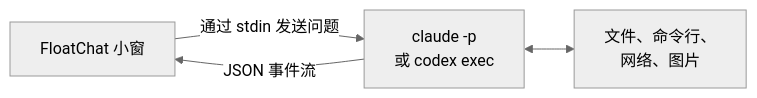
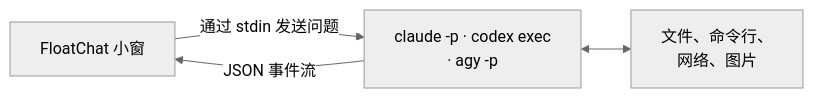
One commit to Evihut/FloatChat changed the diagram in README.zh-CN.md. Above: the diagram before and after it, drawn with Mermaid (neutral theme). The commit also changed other lines of this file and 12 other files, not shown here.

````diff
--- a/README.zh-CN.md
+++ b/README.zh-CN.md
@@ -98,6 +104,6 @@
 ```mermaid
 flowchart LR
-    A["FloatChat 小窗"] -- "通过 stdin 发送问题" --> B["claude -p<br/>或 codex exec"]
+    A["FloatChat 小窗"] -- "通过 stdin 发送问题" --> B["claude -p · codex exec<br/>· agy -p"]
     B -- "JSON 事件流" --> A
     B <--> C["文件、命令行、<br/>网络、图片"]
 ```
````
